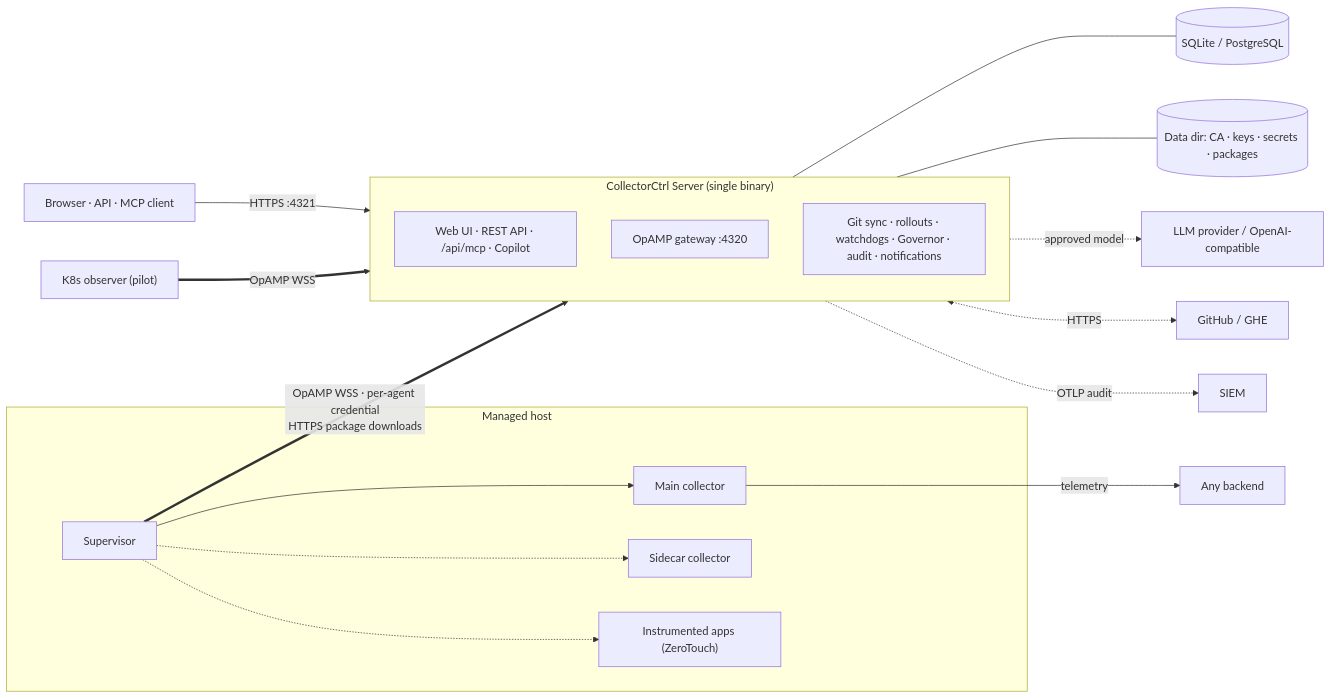
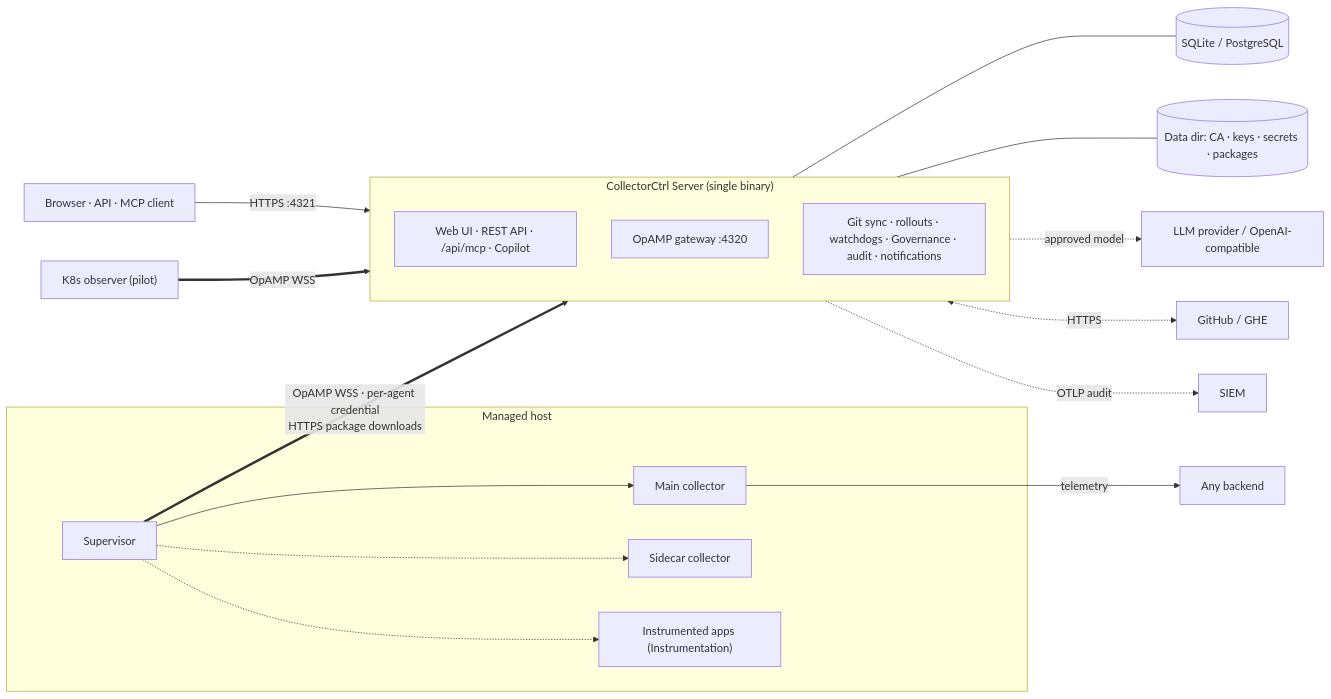
One commit to CollectorCtrl/CollectorCtrl changed the diagram in CONTEXT.md. Above: the diagram before and after it, drawn with Mermaid. The commit also changed other lines of this file and 14 other files, not shown here.

````diff
--- a/CONTEXT.md
+++ b/CONTEXT.md
@@ -55,22 +56,22 @@
 ```mermaid
 flowchart LR
     U["Browser · API · MCP client"] -- "HTTPS :4321" --> CP
     subgraph CP["CollectorCtrl Server (single binary)"]
         UI["Web UI · REST API · /api/mcp · Copilot"]
         GW["OpAMP gateway :4320"]
-        BG["Git sync · rollouts · watchdogs · Governor · audit · notifications"]
+        BG["Git sync · rollouts · watchdogs · Governance · audit · notifications"]
     end
     CP --- DB[("SQLite / PostgreSQL")]
     CP --- DD[("Data dir: CA · keys · secrets · packages")]
     CP -. "approved model" .-> LLM["LLM provider / OpenAI-compatible"]
     CP <-. "HTTPS" .-> GH["GitHub / GHE"]
     CP -. "OTLP audit" .-> SIEM["SIEM"]
     subgraph H["Managed host"]
         S["Supervisor"] --> C["Main collector"]
         S -.-> SC["Sidecar collector"]
-        S -.-> APP["Instrumented apps (ZeroTouch)"]
+        S -.-> APP["Instrumented apps (Instrumentation)"]
     end
     S == "OpAMP WSS · per-agent credential<br/>HTTPS package downloads" ==> CP
     K["K8s observer (pilot)"] == "OpAMP WSS" ==> CP
     C -- "telemetry" --> B["Any backend"]
 ```
````
